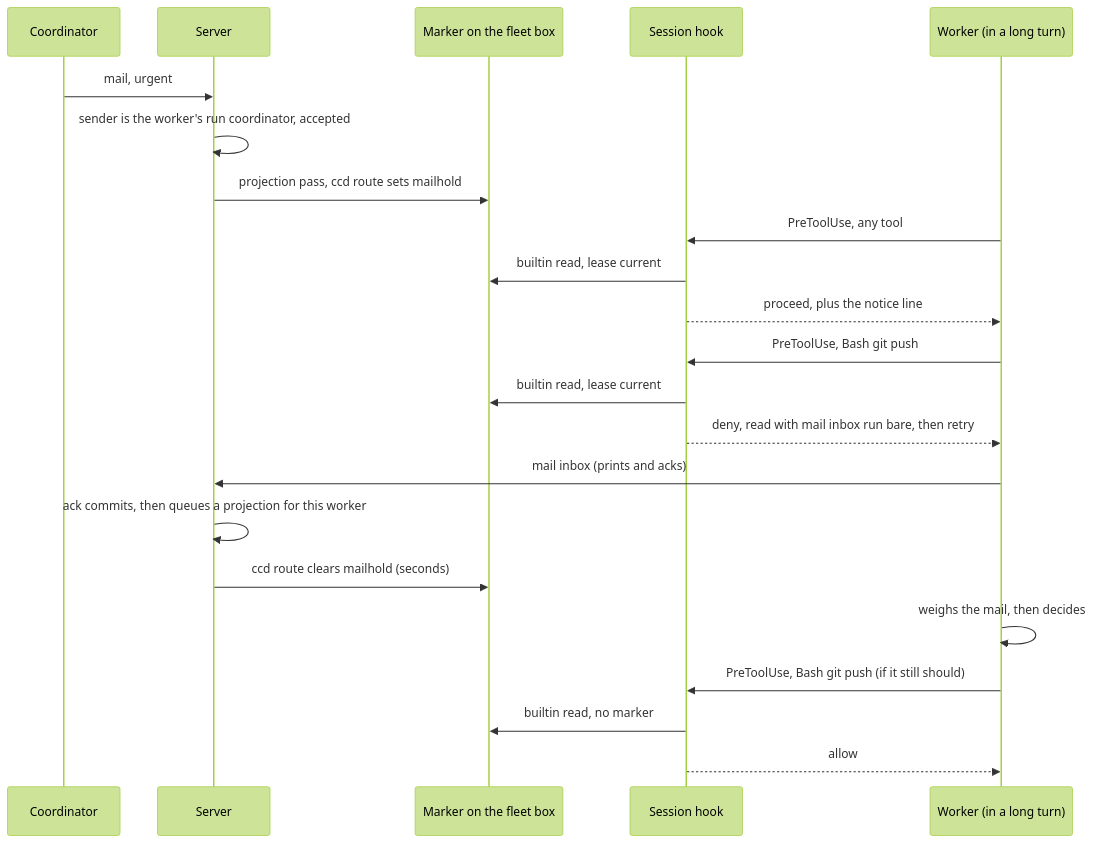
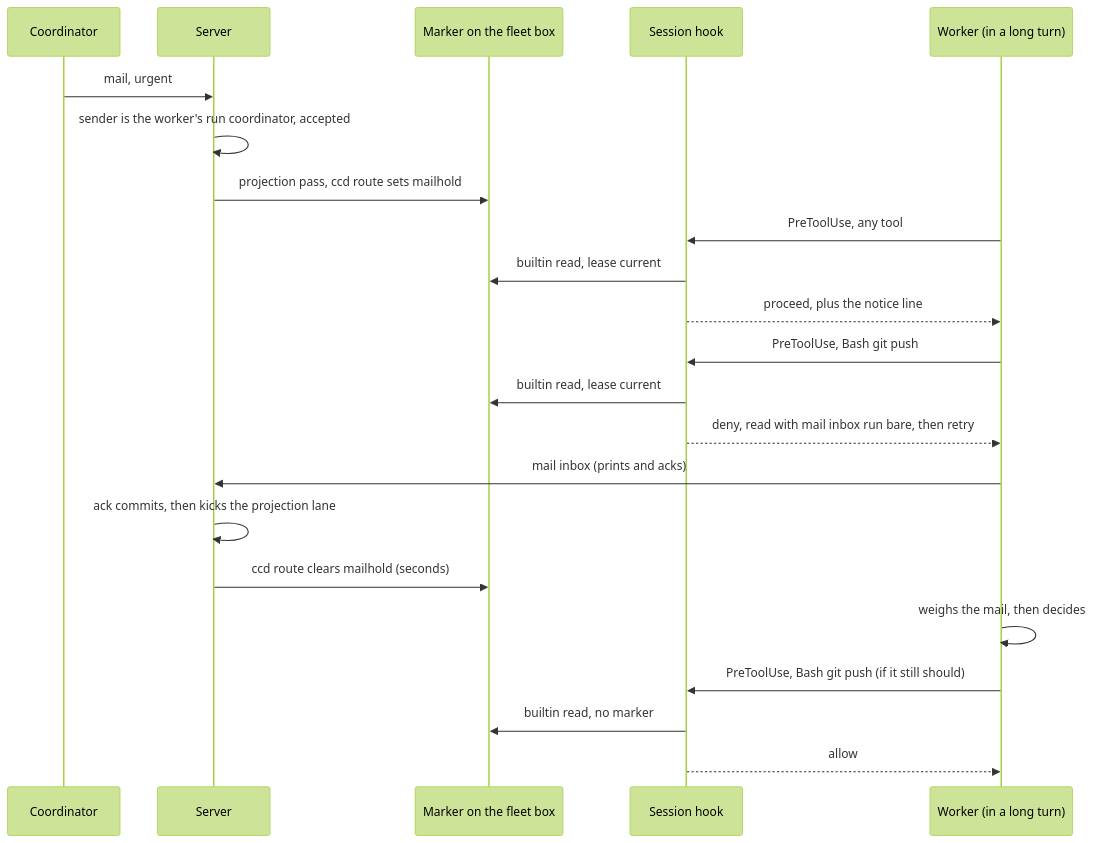
The second of 2 diagrams in docs/superpowers/specs/2026-11-19-mid-turn-mail-design.md (Synapsium-Labs/ccrc-pwa), drawn with Mermaid (forest theme) before and after one commit. The commit also changed other lines of this file and 1 other file, not shown here.

First line of the commit message:
docs(overlord): mid-turn mail design, fix round 3 - jq module, always-on lane, texts (wave 165)

````diff
--- a/docs/superpowers/specs/2026-11-19-mid-turn-mail-design.md
+++ b/docs/superpowers/specs/2026-11-19-mid-turn-mail-design.md
@@ -149,24 +150,24 @@
 ```mermaid
 sequenceDiagram
   participant C as Coordinator
   participant S as Server
   participant M as Marker on the fleet box
   participant H as Session hook
   participant W as Worker (in a long turn)
   C->>S: mail, urgent
   S->>S: sender is the worker's run coordinator, accepted
   S->>M: projection pass, ccd route sets mailhold
   W->>H: PreToolUse, any tool
   H->>M: builtin read, lease current
   H-->>W: proceed, plus the notice line
   W->>H: PreToolUse, Bash git push
   H->>M: builtin read, lease current
   H-->>W: deny, read with mail inbox run bare, then retry
   W->>S: mail inbox (prints and acks)
-  S->>S: ack commits, then queues a projection for this worker
+  S->>S: ack commits, then kicks the projection lane
   S->>M: ccd route clears mailhold (seconds)
   W->>W: weighs the mail, then decides
   W->>H: PreToolUse, Bash git push (if it still should)
   H->>M: builtin read, no marker
   H-->>W: allow
 ```
````
